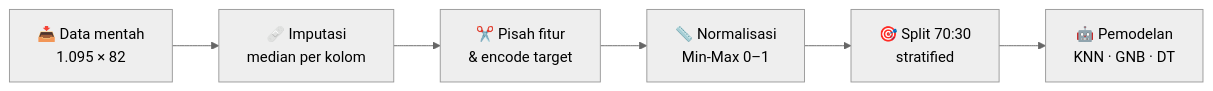
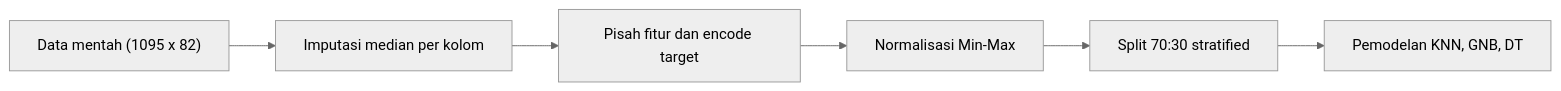
One commit to Eruumaa/DATAMINING-MIDTERM changed the diagram in README.md. Above: the diagram before and after it, drawn with Mermaid (neutral theme).

````diff
--- a/README.md
+++ b/README.md
@@ -128,8 +128,8 @@
 ```mermaid
 flowchart LR
-    A[📥 Data mentah<br/>1.095 × 82] --> B[🩹 Imputasi<br/>median per kolom]
-    B --> C[✂️ Pisah fitur<br/>& encode target]
-    C --> D[📏 Normalisasi<br/>Min-Max 0–1]
-    D --> E[🎯 Split 70:30<br/>stratified]
-    E --> F[🤖 Pemodelan<br/>KNN · GNB · DT]
+    A["Data mentah (1095 x 82)"] --> B["Imputasi median per kolom"]
+    B --> C["Pisah fitur dan encode target"]
+    C --> D["Normalisasi Min-Max"]
+    D --> E["Split 70:30 stratified"]
+    E --> F["Pemodelan KNN, GNB, DT"]
 ```
````
